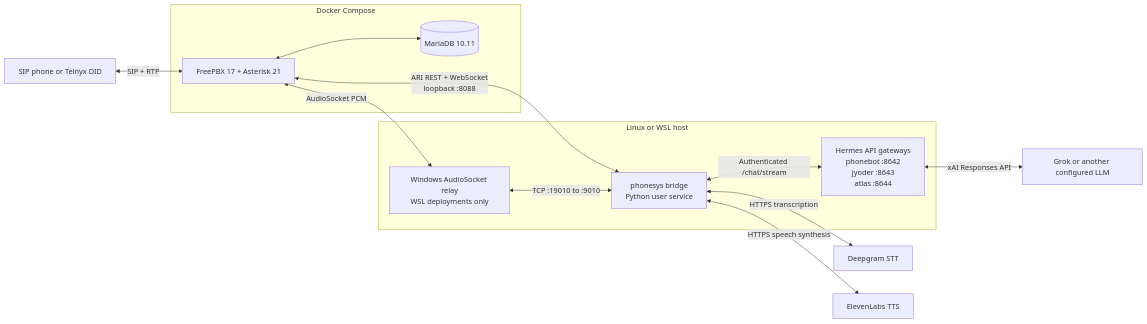
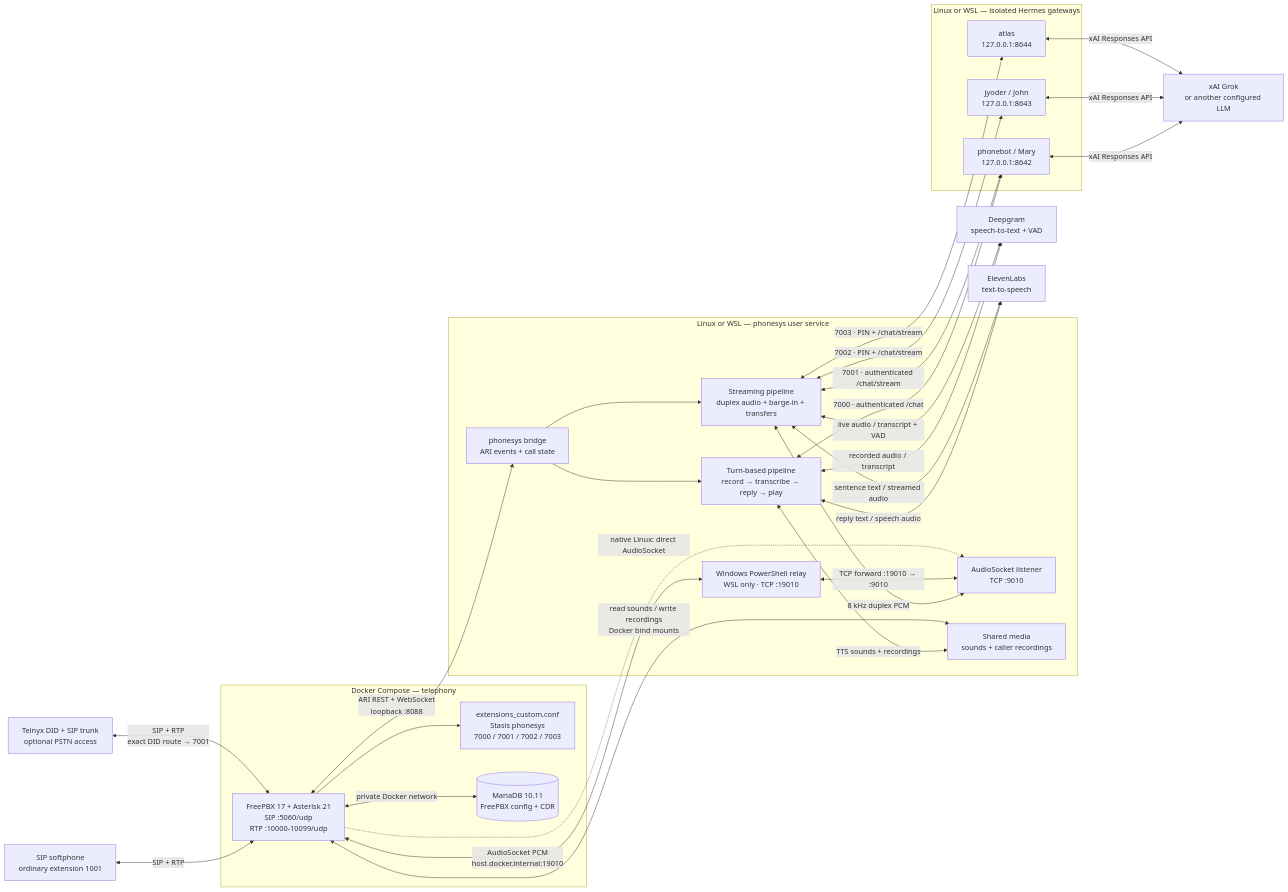
The diagram in README.md (hoyack/phonebot-deployment), drawn with Mermaid before and after one commit. The commit also changed other lines of this file, not shown here.

Commit message:
docs: expand architecture wiring diagram

````diff
--- a/README.md
+++ b/README.md
@@ -20,24 +20,57 @@
 ```mermaid
 flowchart LR
-    Caller["SIP phone or Telnyx DID"] <-- "SIP + RTP" --> PBX
+    Softphone["SIP softphone<br/>ordinary extension 1001"]
+    Telnyx["Telnyx DID + SIP trunk<br/>optional PSTN access"]
 
-    subgraph Docker["Docker Compose"]
-        PBX["FreePBX 17 + Asterisk 21"]
-        DB[("MariaDB 10.11")]
-        PBX <--> DB
+    subgraph Docker["Docker Compose — telephony"]
+        PBX["FreePBX 17 + Asterisk 21<br/>SIP :5060/udp<br/>RTP :10000-10099/udp"]
+        Dialplan["extensions_custom.conf<br/>Stasis phonesys<br/>7000 / 7001 / 7002 / 7003"]
+        DB[("MariaDB 10.11<br/>FreePBX config + CDR")]
+        PBX --> Dialplan
+        PBX <-- "private Docker network" --> DB
     end
 
-    subgraph Host["Linux or WSL host"]
-        Bridge["phonesys bridge<br/>Python user service"]
-        Relay["Windows AudioSocket relay<br/>WSL deployments only"]
-        Gateways["Hermes API gateways<br/>phonebot :8642<br/>jyoder :8643<br/>atlas :8644"]
+    subgraph Host["Linux or WSL — phonesys user service"]
+        Bridge["phonesys bridge<br/>ARI events + call state"]
+        Turn["Turn-based pipeline<br/>record → transcribe → reply → play"]
+        Stream["Streaming pipeline<br/>duplex audio + barge-in + transfers"]
+        Listener["AudioSocket listener<br/>TCP :9010"]
+        Relay["Windows PowerShell relay<br/>WSL only · TCP :19010"]
+        Media["Shared media<br/>sounds + caller recordings"]
+        Bridge --> Turn
+        Bridge --> Stream
+        Stream <-- "8 kHz duplex PCM" --> Listener
+        Turn <-- "TTS sounds + recordings" --> Media
     end
 
+    subgraph Hermes["Linux or WSL — isolated Hermes gateways"]
+        Phonebot["phonebot / Mary<br/>127.0.0.1:8642"]
+        John["jyoder / John<br/>127.0.0.1:8643"]
+        Atlas["atlas<br/>127.0.0.1:8644"]
+    end
+
+    Grok["xAI Grok<br/>or another configured LLM"]
+    STT["Deepgram<br/>speech-to-text + VAD"]
+    TTS["ElevenLabs<br/>text-to-speech"]
+
+    Softphone <-- "SIP + RTP" --> PBX
+    Telnyx <-- "SIP + RTP<br/>exact DID route → 7001" --> PBX
     PBX <-- "ARI REST + WebSocket<br/>loopback :8088" --> Bridge
-    PBX <-- "AudioSocket PCM" --> Relay
-    Relay <-- "TCP :19010 to :9010" --> Bridge
-    Bridge <-- "HTTPS transcription" --> STT["Deepgram STT"]
-    Bridge <-- "Authenticated /chat/stream" --> Gateways
-    Gateways <-- "xAI Responses API" --> Grok["Grok or another configured LLM"]
-    Bridge <-- "HTTPS speech synthesis" --> TTS["ElevenLabs TTS"]
+    PBX <-- "read sounds / write recordings<br/>Docker bind mounts" --> Media
+    PBX <-- "AudioSocket PCM<br/>host.docker.internal:19010" --> Relay
+    Relay <-- "TCP forward :19010 → :9010" --> Listener
+    PBX -. "native Linux: direct AudioSocket" .-> Listener
+
+    Turn <-- "7000 · authenticated /chat" --> Phonebot
+    Stream <-- "7001 · authenticated /chat/stream" --> Phonebot
+    Stream <-- "7002 · PIN + /chat/stream" --> John
+    Stream <-- "7003 · PIN + /chat/stream" --> Atlas
+
+    Turn <-- "recorded audio / transcript" --> STT
+    Stream <-- "live audio / transcript + VAD" --> STT
+    Turn <-- "reply text / speech audio" --> TTS
+    Stream <-- "sentence text / streamed audio" --> TTS
+    Phonebot <-- "xAI Responses API" --> Grok
+    John <-- "xAI Responses API" --> Grok
+    Atlas <-- "xAI Responses API" --> Grok
 ```
````
